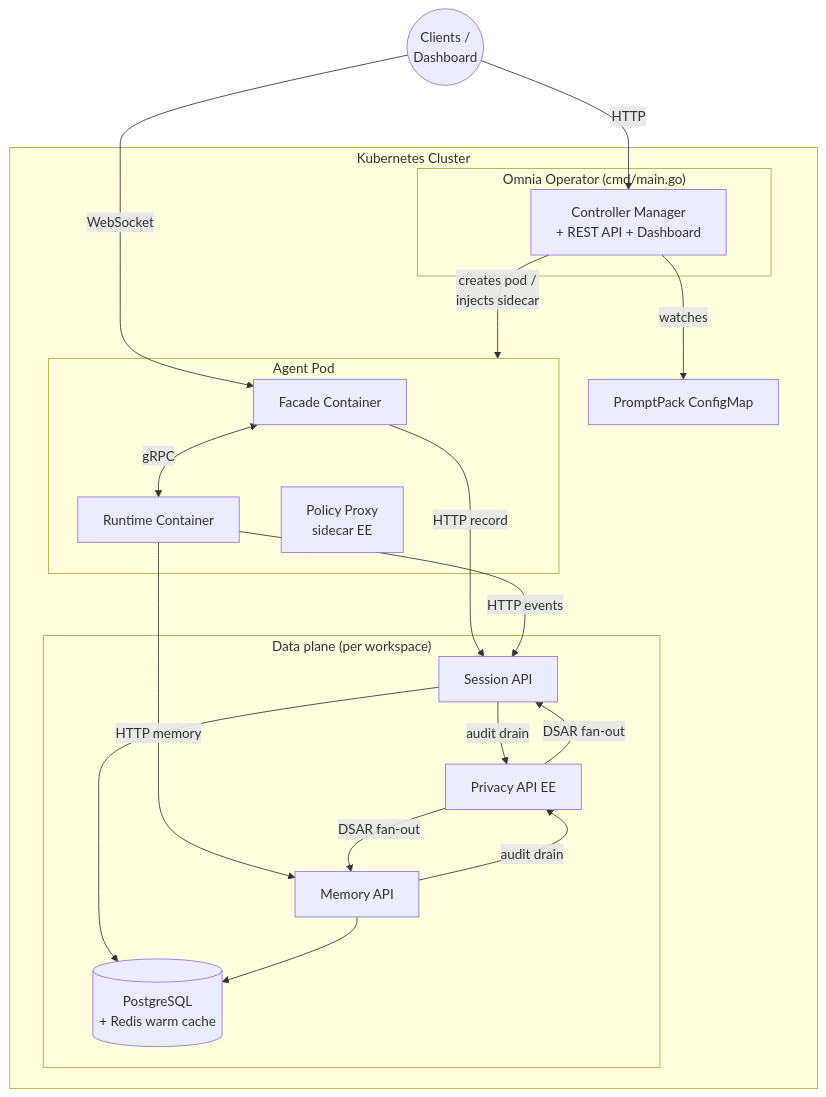
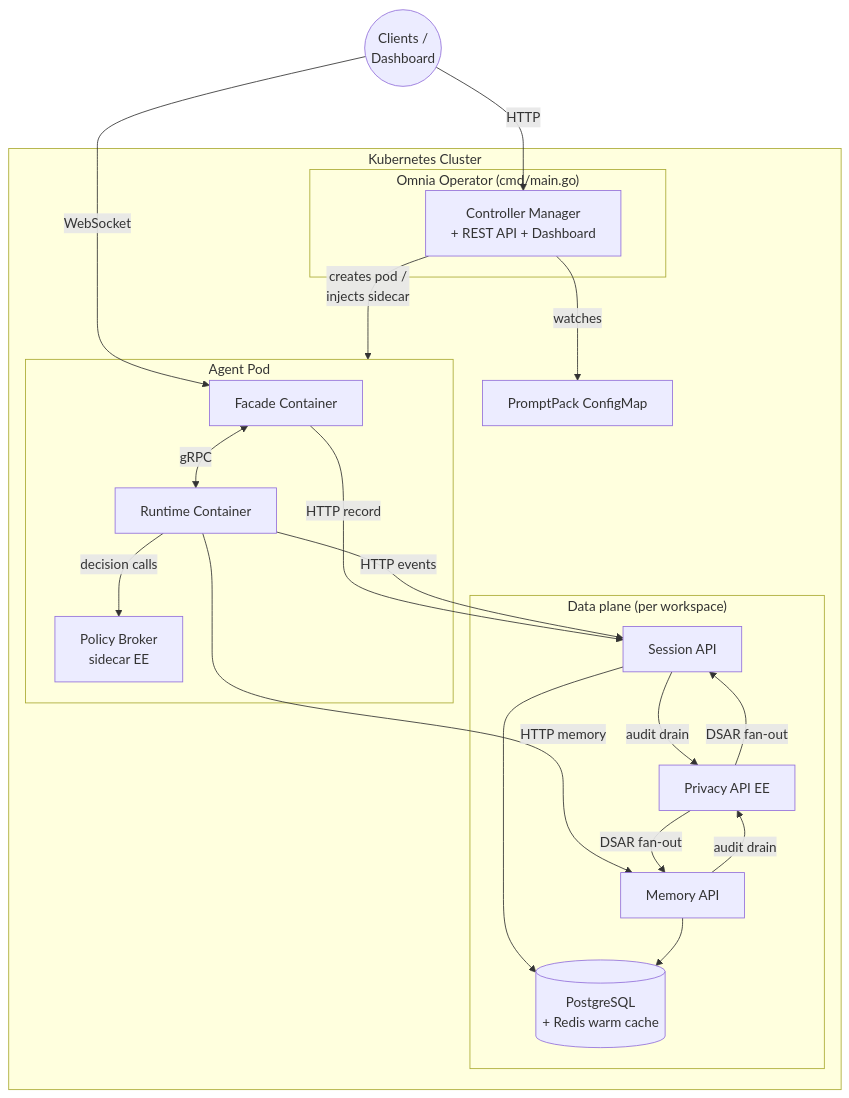
Before and after one commit to AltairaLabs/Omnia: the first of 6 diagrams in docs/src/content/docs/explanation/platform/architecture.md, drawn with Mermaid. The commit also changed other lines of this file and 7 other files, not shown here.

First line of the commit message:
docs: reconcile policy-engine/ToolPolicy docs to the policy-broker model (retire policy-proxy references)

````diff
--- a/docs/src/content/docs/explanation/platform/architecture.md
+++ b/docs/src/content/docs/explanation/platform/architecture.md
@@ -19,40 +19,41 @@
 ```mermaid
 graph TB
     clients((Clients /<br/>Dashboard))
 
     subgraph cluster["Kubernetes Cluster"]
         subgraph operator["Omnia Operator (cmd/main.go)"]
             op[Controller Manager<br/>+ REST API + Dashboard]
         end
 
         subgraph pod["Agent Pod"]
             facade[Facade Container]
             runtime[Runtime Container]
-            proxy[Policy Proxy<br/>sidecar EE]
+            broker[Policy Broker<br/>sidecar EE]
             facade <-->|gRPC| runtime
+            runtime -->|"decision calls"| broker
         end
 
         subgraph data["Data plane (per workspace)"]
             session[Session API]
             memory[Memory API]
             privacy[Privacy API EE]
             pg[(PostgreSQL<br/>+ Redis warm cache)]
         end
 
         op -->|creates pod /<br/>injects sidecar| pod
         op -->|watches| pp[PromptPack ConfigMap]
 
         facade -->|HTTP record| session
         runtime -->|HTTP events| session
         runtime -->|HTTP memory| memory
         session --> pg
         memory --> pg
         session -->|audit drain| privacy
         memory -->|audit drain| privacy
         privacy -->|DSAR fan-out| session
         privacy -->|DSAR fan-out| memory
     end
 
     clients -->|WebSocket| facade
     clients -->|HTTP| op
 ```
````
